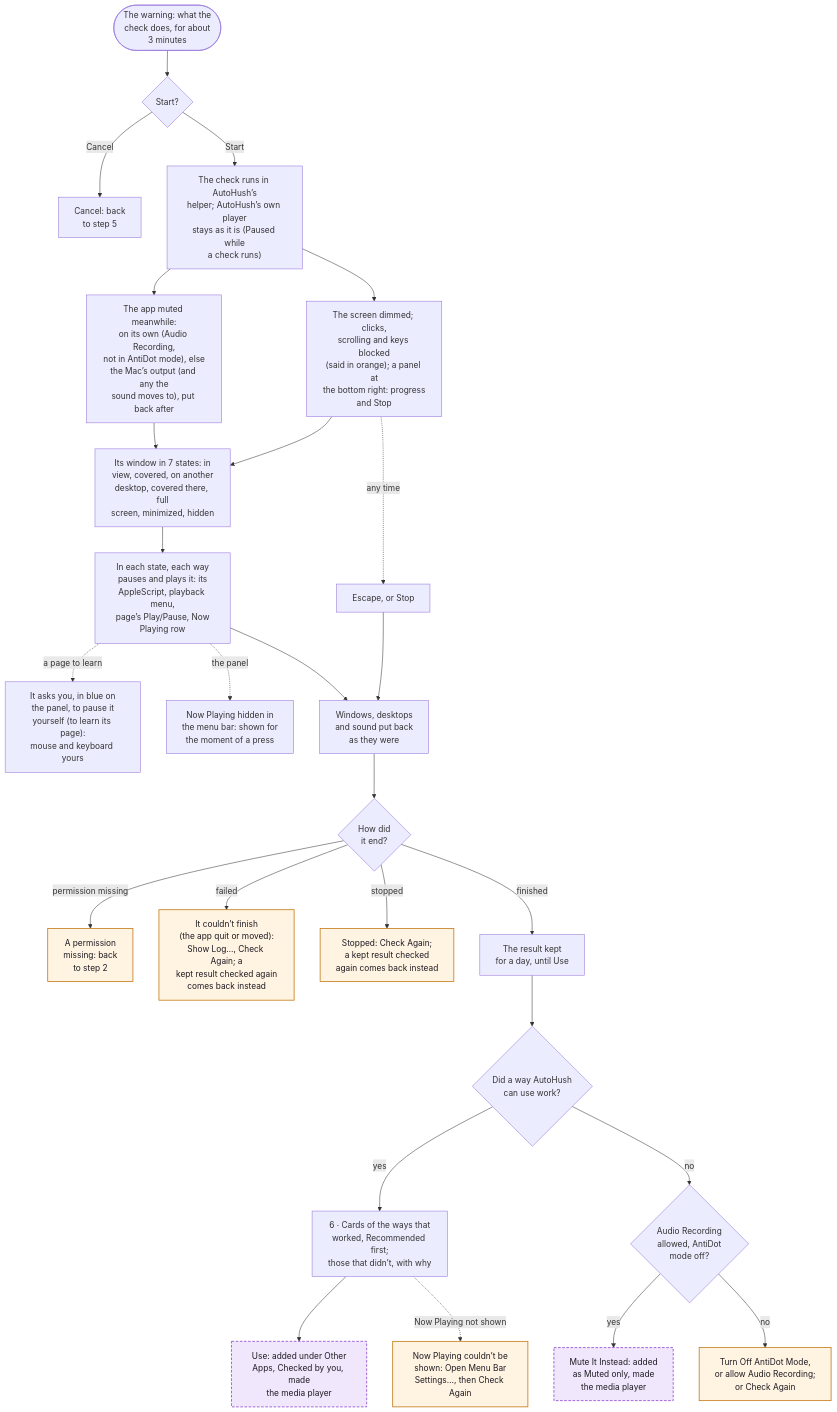
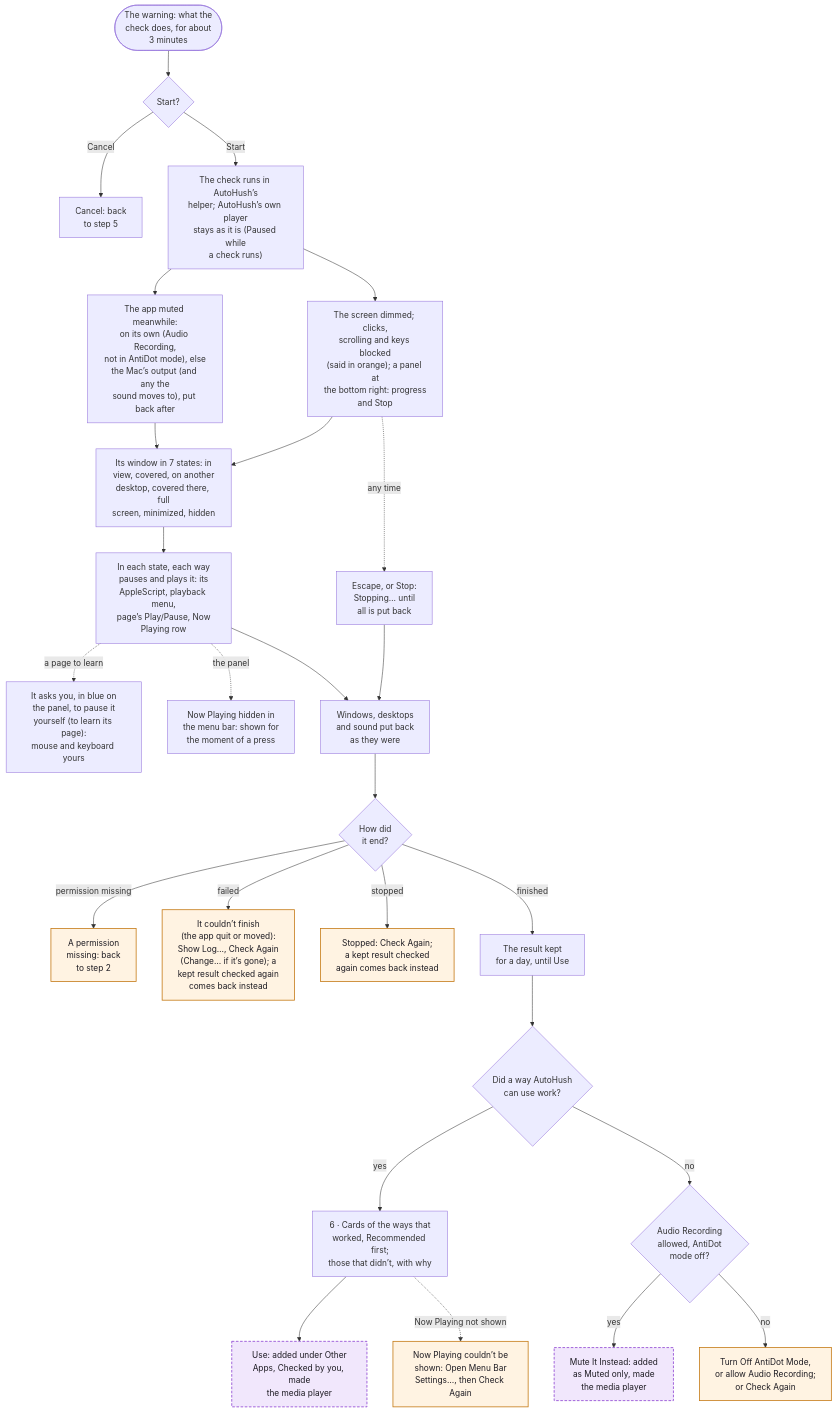
Before and after one commit to hfustercabre/AutoHush: the tenth of 14 diagrams in WORKFLOWS.md, drawn with Mermaid. The commit also changed other lines of this file and 46 other files, not shown here.

````diff
--- a/WORKFLOWS.md
+++ b/WORKFLOWS.md
@@ -497,56 +497,56 @@
 ```mermaid
 flowchart TD
   WARN(["The warning: what the<br/>check does, for about<br/>3 minutes"])
   GO{"Start?"}
   BACK["Cancel: back<br/>to step 5"]
   RUN["The check runs in AutoHush’s<br/>helper; AutoHush’s own player<br/>stays as it is (Paused while<br/>a check runs)"]
   BLOCK["The screen dimmed; clicks,<br/>scrolling and keys blocked<br/>(said in orange); a panel at<br/>the bottom right: progress<br/>and Stop"]
   MUTE["The app muted meanwhile:<br/>on its own (Audio Recording,<br/>not in AntiDot mode), else<br/>the Mac’s output (and any the<br/>sound moves to), put back after"]
   STATES["Its window in 7 states: in<br/>view, covered, on another<br/>desktop, covered there, full<br/>screen, minimized, hidden"]
   WAYS["In each state, each way<br/>pauses and plays it: its<br/>AppleScript, playback menu,<br/>page’s Play/Pause, Now<br/>Playing row"]
   ASK["It asks you, in blue on<br/>the panel, to pause it<br/>yourself (to learn its page):<br/>mouse and keyboard yours"]
   SHOW["Now Playing hidden in<br/>the menu bar: shown for<br/>the moment of a press"]
-  STOP["Escape, or Stop"]
+  STOP["Escape, or Stop:<br/>Stopping… until<br/>all is put back"]
   PUT["Windows, desktops<br/>and sound put back<br/>as they were"]
   HOW{"How did<br/>it end?"}
   PERM["A permission<br/>missing: back<br/>to step 2"]
-  FAIL["It couldn’t finish<br/>(the app quit or moved):<br/>Show Log…, Check Again; a<br/>kept result checked again<br/>comes back instead"]
+  FAIL["It couldn’t finish<br/>(the app quit or moved):<br/>Show Log…, Check Again<br/>(Change… if it’s gone); a<br/>kept result checked again<br/>comes back instead"]
   STOPPED["Stopped: Check Again;<br/>a kept result checked<br/>again comes back instead"]
   KEEP["The result kept<br/>for a day, until Use"]
   ANY{"Did a way AutoHush<br/>can use work?"}
   CARDS["6 · Cards of the ways that<br/>worked, Recommended first;<br/>those that didn’t, with why"]
   USE["Use: added under Other<br/>Apps, Checked by you, made<br/>the media player"]
   NPH["Now Playing couldn’t be<br/>shown: Open Menu Bar<br/>Settings…, then Check Again"]
   MUT{"Audio Recording<br/>allowed, AntiDot<br/>mode off?"}
   MII["Mute It Instead: added<br/>as Muted only, made<br/>the media player"]
   ANTI["Turn Off AntiDot Mode,<br/>or allow Audio Recording;<br/>or Check Again"]
 
   WARN --> GO
   GO -->|"Cancel"| BACK
   GO -->|"Start"| RUN
   RUN --> BLOCK
   RUN --> MUTE
   BLOCK --> STATES
   MUTE --> STATES
   STATES --> WAYS
   WAYS -.->|"a page to learn"| ASK
   WAYS -.->|"the panel"| SHOW
   BLOCK -.->|"any time"| STOP
   STOP --> PUT
   WAYS --> PUT
   PUT --> HOW
   HOW -->|"finished"| KEEP --> ANY
   HOW -->|"permission missing"| PERM
   HOW -->|"failed"| FAIL
   HOW -->|"stopped"| STOPPED
   ANY -->|"yes"| CARDS --> USE
   CARDS -.->|"Now Playing not shown"| NPH
   ANY -->|"no"| MUT
   MUT -->|"yes"| MII
   MUT -->|"no"| ANTI
 
   class USE,MII ref
   class FAIL,STOPPED,PERM,NPH,ANTI warn
   classDef ref fill:#f1e7fc,stroke:#8a3fd1,stroke-width:1.5px,stroke-dasharray: 5 3,color:#1d1b22
   classDef warn fill:#fff3e2,stroke:#c47812,stroke-width:1.5px,color:#1d1b22
 ```
````
